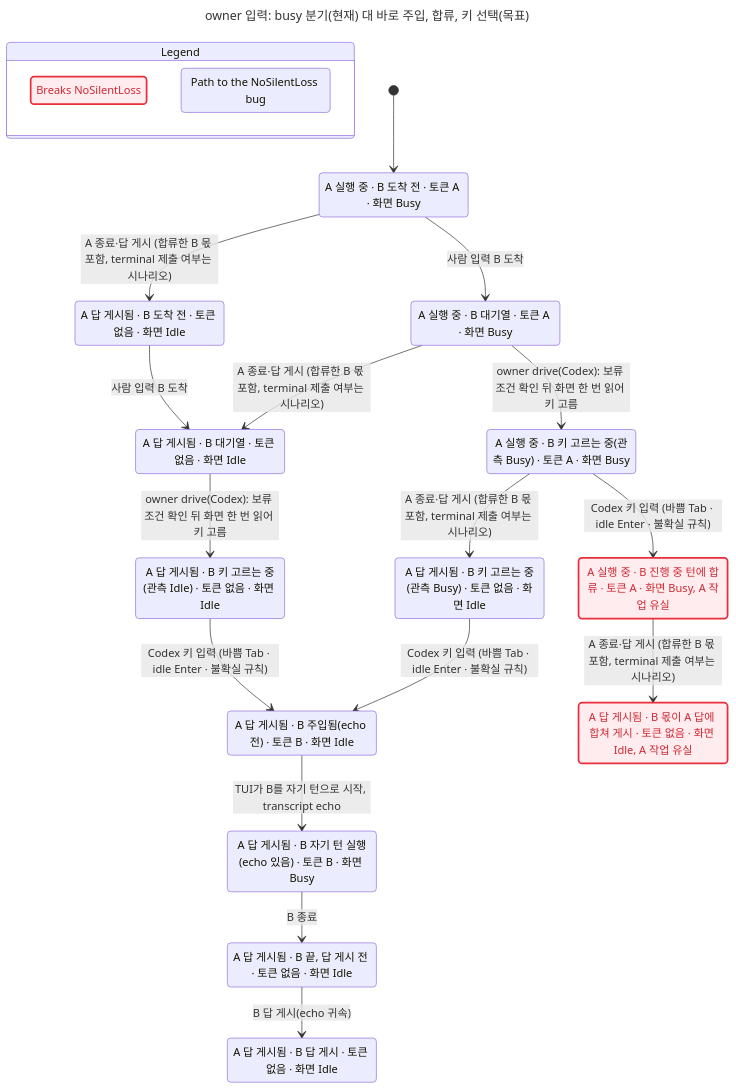
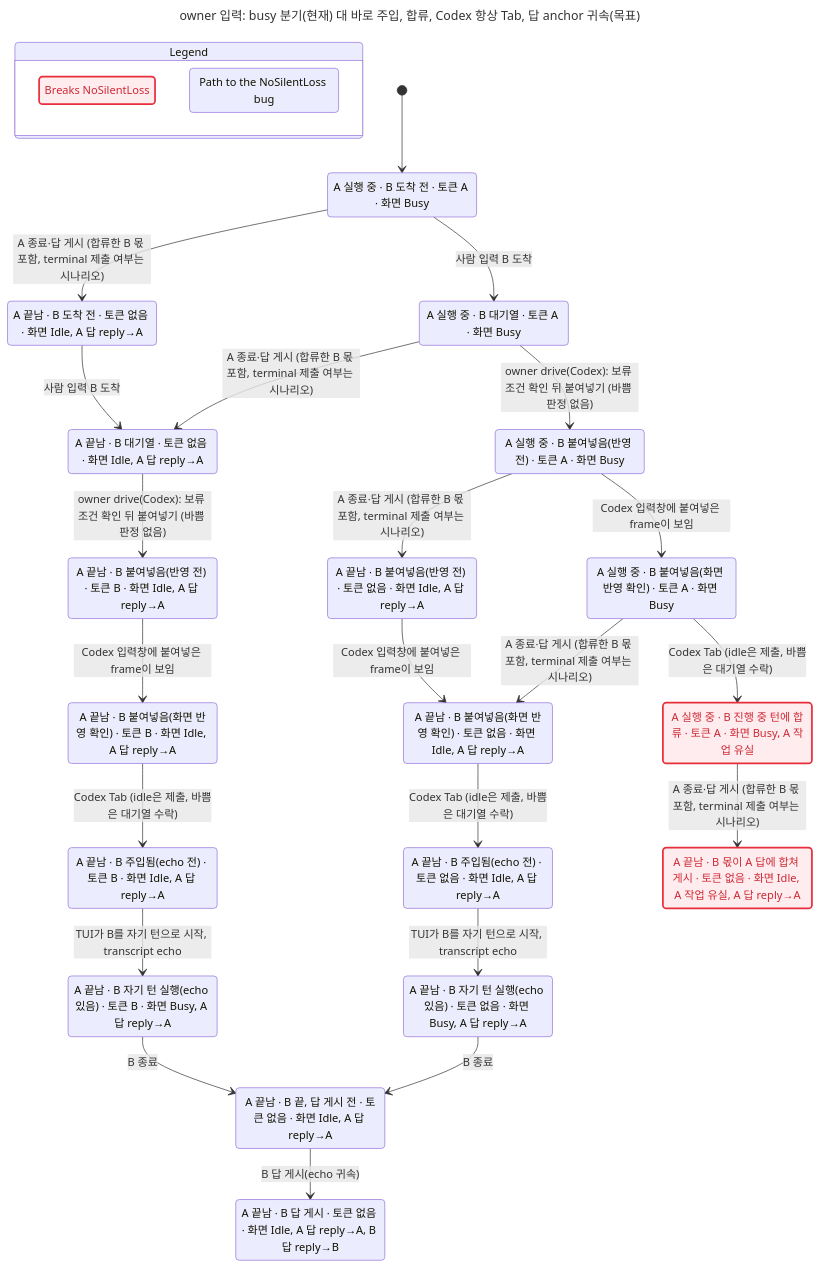
The diagram in docs/statecharts/input-single-path/owner-input-busy-split.codex-always-enter.chart.mmd (itismyfield/AgentDesk), drawn with Mermaid before and after one commit. The commit also changed 36 other files, not shown here.

First line of the commit message:
docs(design): #8328 1단계 설계 w2 — 답 anchor 귀속을 핵심으로, Codex 항상 Tab

```diff
--- a/docs/statecharts/input-single-path/owner-input-busy-split.codex-always-enter.chart.mmd
+++ b/docs/statecharts/input-single-path/owner-input-busy-split.codex-always-enter.chart.mmd
@@ -1,45 +1,57 @@
 ---
-title: "owner 입력: busy 분기(현재) 대 바로 주입, 합류, 키 선택(목표)"
+title: "owner 입력: busy 분기(현재) 대 바로 주입, 합류, Codex 항상 Tab, 답 anchor 귀속(목표)"
 ---
 stateDiagram-v2
   state "Legend" as legend {
     lg0: Breaks NoSilentLoss
     lg1: Path to the NoSilentLoss bug
   }
   class lg0 breaks
   class lg1 bugPath
   s0: A 실행 중 #183; B 도착 전 #183; 토큰 A #183; 화면 Busy
-  s1: A 답 게시됨 #183; B 도착 전 #183; 토큰 없음 #183; 화면 Idle
+  s1: A 끝남 #183; B 도착 전 #183; 토큰 없음 #183; 화면 Idle, A 답 reply#8594;A
   s2: A 실행 중 #183; B 대기열 #183; 토큰 A #183; 화면 Busy
-  s3: A 답 게시됨 #183; B 대기열 #183; 토큰 없음 #183; 화면 Idle
-  s4: A 실행 중 #183; B 키 고르는 중(관측 Busy) #183; 토큰 A #183; 화면 Busy
-  s5: A 답 게시됨 #183; B 키 고르는 중(관측 Idle) #183; 토큰 없음 #183; 화면 Idle
-  s6: A 답 게시됨 #183; B 키 고르는 중(관측 Busy) #183; 토큰 없음 #183; 화면 Idle
-  s7: A 실행 중 #183; B 진행 중 턴에 합류 #183; 토큰 A #183; 화면 Busy, A 작업 유실
-  s8: A 답 게시됨 #183; B 주입됨(echo 전) #183; 토큰 B #183; 화면 Idle
-  s9: A 답 게시됨 #183; B 몫이 A 답에 합쳐 게시 #183; 토큰 없음 #183; 화면 Idle, A 작업 유실
-  s10: A 답 게시됨 #183; B 자기 턴 실행(echo 있음) #183; 토큰 B #183; 화면 Busy
-  s11: A 답 게시됨 #183; B 끝, 답 게시 전 #183; 토큰 없음 #183; 화면 Idle
-  s12: A 답 게시됨 #183; B 답 게시 #183; 토큰 없음 #183; 화면 Idle
+  s3: A 끝남 #183; B 대기열 #183; 토큰 없음 #183; 화면 Idle, A 답 reply#8594;A
+  s4: A 실행 중 #183; B 붙여넣음(반영 전) #183; 토큰 A #183; 화면 Busy
+  s5: A 끝남 #183; B 붙여넣음(반영 전) #183; 토큰 B #183; 화면 Idle, A 답 reply#8594;A
+  s6: A 끝남 #183; B 붙여넣음(반영 전) #183; 토큰 없음 #183; 화면 Idle, A 답 reply#8594;A
+  s7: A 실행 중 #183; B 붙여넣음(화면 반영 확인) #183; 토큰 A #183; 화면 Busy
+  s8: A 끝남 #183; B 붙여넣음(화면 반영 확인) #183; 토큰 B #183; 화면 Idle, A 답 reply#8594;A
+  s9: A 끝남 #183; B 붙여넣음(화면 반영 확인) #183; 토큰 없음 #183; 화면 Idle, A 답 reply#8594;A
+  s10: A 실행 중 #183; B 진행 중 턴에 합류 #183; 토큰 A #183; 화면 Busy, A 작업 유실
+  s11: A 끝남 #183; B 주입됨(echo 전) #183; 토큰 B #183; 화면 Idle, A 답 reply#8594;A
+  s12: A 끝남 #183; B 주입됨(echo 전) #183; 토큰 없음 #183; 화면 Idle, A 답 reply#8594;A
+  s13: A 끝남 #183; B 몫이 A 답에 합쳐 게시 #183; 토큰 없음 #183; 화면 Idle, A 작업 유실, A 답 reply#8594;A
+  s14: A 끝남 #183; B 자기 턴 실행(echo 있음) #183; 토큰 B #183; 화면 Busy, A 답 reply#8594;A
+  s15: A 끝남 #183; B 자기 턴 실행(echo 있음) #183; 토큰 없음 #183; 화면 Busy, A 답 reply#8594;A
+  s16: A 끝남 #183; B 끝, 답 게시 전 #183; 토큰 없음 #183; 화면 Idle, A 답 reply#8594;A
+  s17: A 끝남 #183; B 답 게시 #183; 토큰 없음 #183; 화면 Idle, A 답 reply#8594;A, B 답 reply#8594;B
   [*] --> s0
   s0 --> s1: A 종료#183;답 게시 (합류한 B 몫 포함, terminal 제출 여부는 시나리오)
   s0 --> s2: 사람 입력 B 도착
   s1 --> s3: 사람 입력 B 도착
   s2 --> s3: A 종료#183;답 게시 (합류한 B 몫 포함, terminal 제출 여부는 시나리오)
-  s2 --> s4: owner drive(Codex): 보류 조건 확인 뒤 화면 한 번 읽어 키 고름
-  s3 --> s5: owner drive(Codex): 보류 조건 확인 뒤 화면 한 번 읽어 키 고름
+  s2 --> s4: owner drive(Codex): 보류 조건 확인 뒤 붙여넣기 (바쁨 판정 없음)
+  s3 --> s5: owner drive(Codex): 보류 조건 확인 뒤 붙여넣기 (바쁨 판정 없음)
   s4 --> s6: A 종료#183;답 게시 (합류한 B 몫 포함, terminal 제출 여부는 시나리오)
-  s4 --> s7: Codex 키 입력 (바쁨 Tab #183; idle Enter #183; 불확실 규칙)
-  s5 --> s8: Codex 키 입력 (바쁨 Tab #183; idle Enter #183; 불확실 규칙)
-  s6 --> s8: Codex 키 입력 (바쁨 Tab #183; idle Enter #183; 불확실 규칙)
+  s4 --> s7: Codex 입력창에 붙여넣은 frame이 보임
+  s5 --> s8: Codex 입력창에 붙여넣은 frame이 보임
+  s6 --> s9: Codex 입력창에 붙여넣은 frame이 보임
   s7 --> s9: A 종료#183;답 게시 (합류한 B 몫 포함, terminal 제출 여부는 시나리오)
-  s8 --> s10: TUI가 B를 자기 턴으로 시작, transcript echo
-  s10 --> s11: B 종료
-  s11 --> s12: B 답 게시(echo 귀속)
+  s7 --> s10: Codex Tab (idle은 제출, 바쁨은 대기열 수락)
+  s8 --> s11: Codex Tab (idle은 제출, 바쁨은 대기열 수락)
+  s9 --> s12: Codex Tab (idle은 제출, 바쁨은 대기열 수락)
+  s10 --> s13: A 종료#183;답 게시 (합류한 B 몫 포함, terminal 제출 여부는 시나리오)
+  s11 --> s14: TUI가 B를 자기 턴으로 시작, transcript echo
+  s12 --> s15: TUI가 B를 자기 턴으로 시작, transcript echo
+  s14 --> s16: B 종료
+  s15 --> s16: B 종료
+  s16 --> s17: B 답 게시(echo 귀속)
   classDef breaks fill:#ffecee,stroke:#e72e3b,stroke-width:2.5px,color:#cd2834
   class s0 bugPath
   class s2 bugPath
   class s4 bugPath
-  class s7 breaks
   class s7 bugPath
-  class s9 breaks
+  class s10 breaks
+  class s10 bugPath
+  class s13 breaks
```
